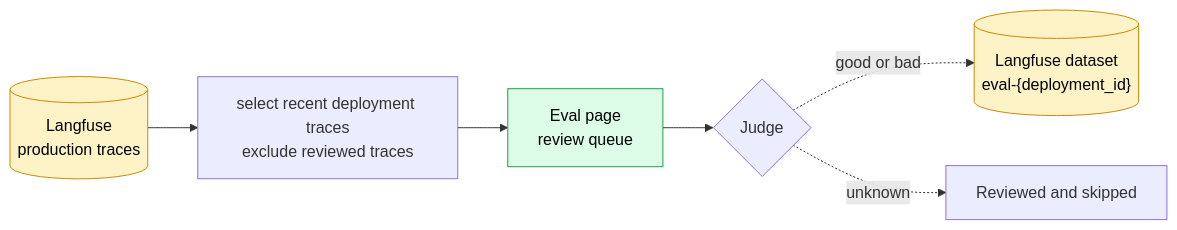
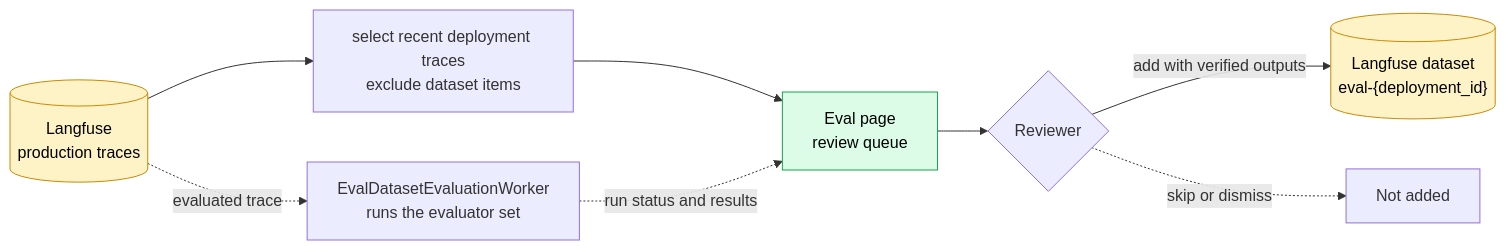
One commit to astropods/astro-cli changed the first of 2 diagrams in docs/03-architecture/traces-to-eval-dataset.md. Above: the diagram before and after it, drawn with Mermaid. The commit also changed other lines of this file and 6 other files, not shown here.

````diff
--- a/docs/03-architecture/traces-to-eval-dataset.md
+++ b/docs/03-architecture/traces-to-eval-dataset.md
@@ -18,19 +16,22 @@
 ```mermaid
 flowchart LR
     Traces[("Langfuse<br/>production traces")]
-    Select["select recent deployment traces<br/>exclude reviewed traces"]
+    EvalWorker["EvalDatasetEvaluationWorker<br/>runs the evaluator set"]
+    Select["select recent deployment traces<br/>exclude dataset items"]
     Queue["Eval page<br/>review queue"]
-    Judge{"Judge"}
+    Reviewer{"Reviewer"}
     Dataset[("Langfuse dataset<br/>eval-{deployment_id}")]
-    Skip["Reviewed and skipped"]
+    Skip["Not added"]
 
-    Traces --> Select --> Queue --> Judge
-    Judge -. "good or bad" .-> Dataset
-    Judge -. unknown .-> Skip
+    Traces --> Select --> Queue --> Reviewer
+    Traces -. evaluated trace .-> EvalWorker
+    EvalWorker -. run status and results .-> Queue
+    Reviewer -- "add with verified outputs" --> Dataset
+    Reviewer -. "skip or dismiss" .-> Skip
 
     classDef langfuse fill:#fef3c7,stroke:#ca8a04,color:#000
     classDef page fill:#dcfce7,stroke:#16a34a,color:#000
 
     class Traces,Dataset langfuse
     class Queue page
 ```
````
